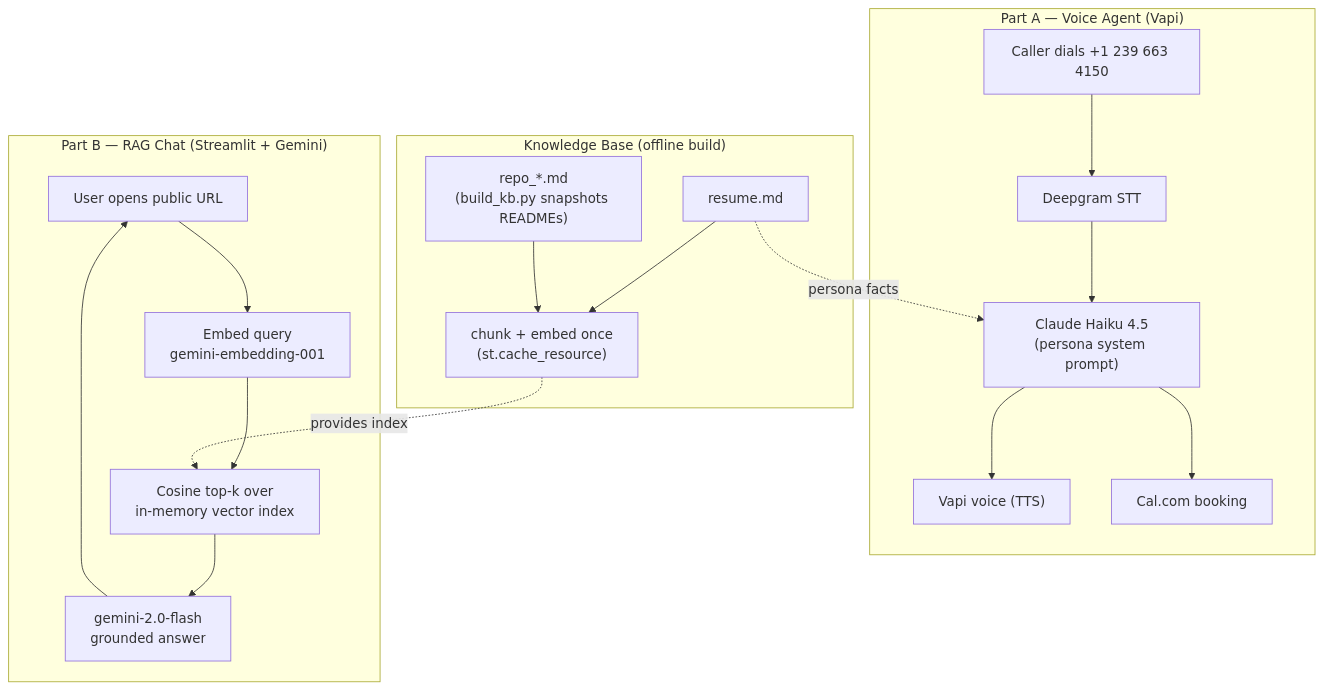
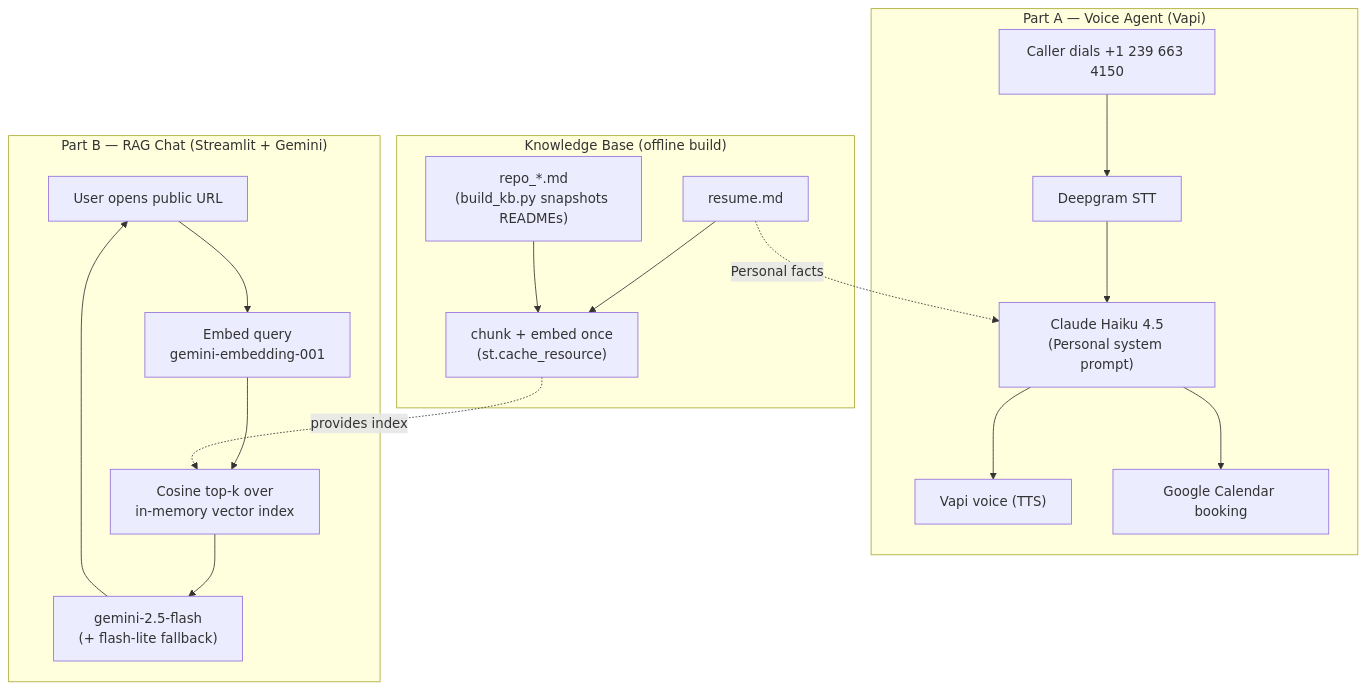
The diagram in README.md (PranavDabke/pranav-ai-personal-chat), drawn with Mermaid before and after one commit. The commit also changed other lines of this file, not shown here.

````diff
--- a/README.md
+++ b/README.md
@@ -16,24 +16,24 @@
 ```mermaid
 flowchart TD
     subgraph Voice["Part A — Voice Agent (Vapi)"]
         C1["Caller dials +1 239 663 4150"] --> V1["Deepgram STT"]
-        V1 --> V2["Claude Haiku 4.5<br/>(persona system prompt)"]
+        V1 --> V2["Claude Haiku 4.5<br/>(Personal system prompt)"]
         V2 --> V3["Vapi voice (TTS)"]
-        V2 --> V4["Cal.com booking"]
+        V2 --> V4["Google Calendar booking"]
     end
 
     subgraph Chat["Part B — RAG Chat (Streamlit + Gemini)"]
         U1["User opens public URL"] --> R1["Embed query<br/>gemini-embedding-001"]
         R1 --> R2["Cosine top-k over<br/>in-memory vector index"]
-        R2 --> R3["gemini-2.0-flash<br/>grounded answer"]
+        R2 --> R3["gemini-2.5-flash<br/>(+ flash-lite fallback)"]
         R3 --> U1
     end
 
     subgraph KB["Knowledge Base (offline build)"]
         K1["resume.md"] --> K3["chunk + embed once<br/>(st.cache_resource)"]
         K2["repo_*.md<br/>(build_kb.py snapshots READMEs)"] --> K3
     end
 
     K3 -. provides index .-> R2
-    K1 -. persona facts .-> V2
+    K1 -. Personal facts .-> V2
 ```
````
